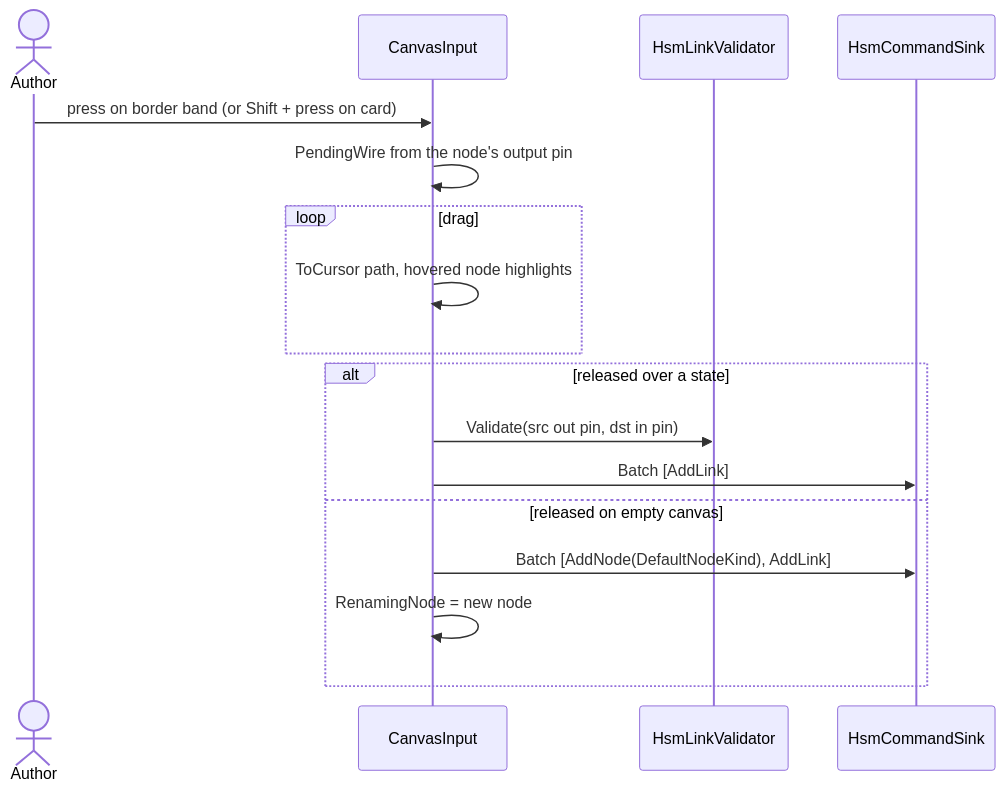
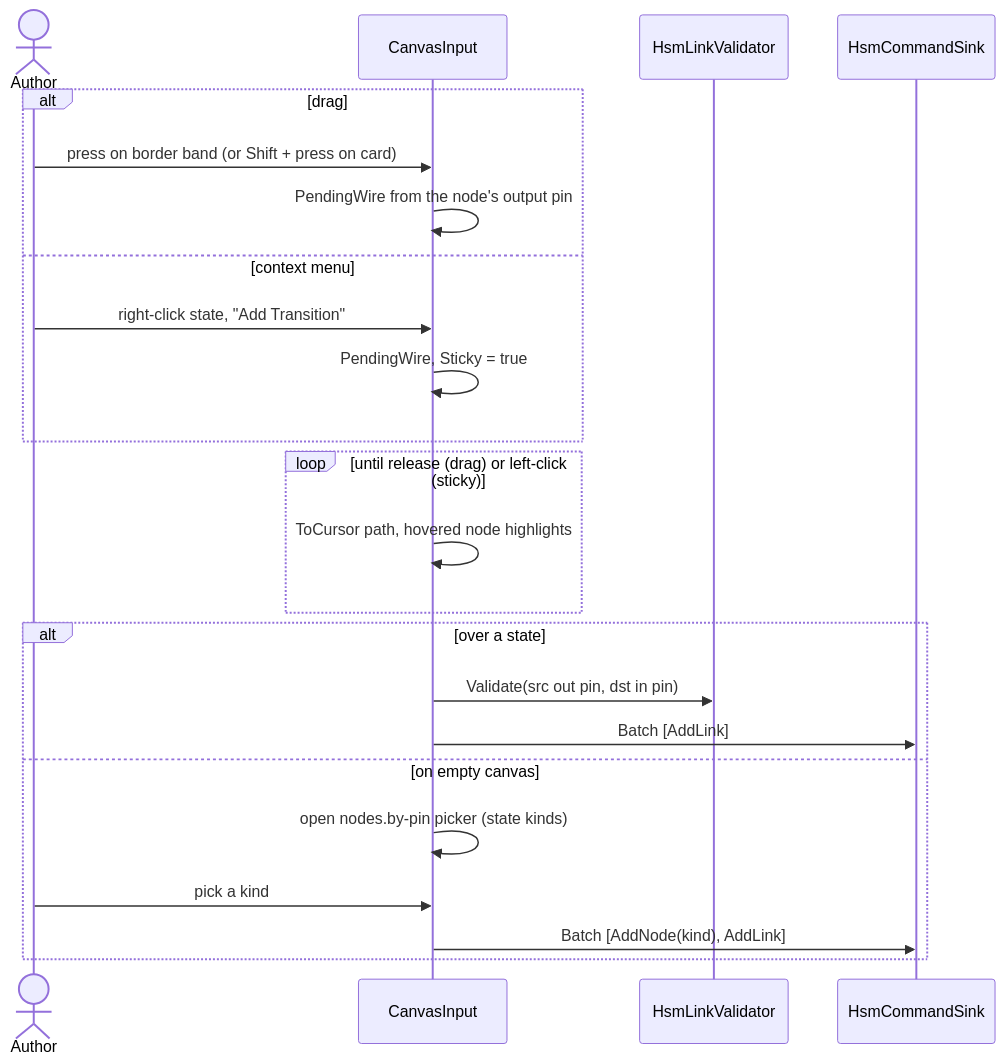
One commit to pjanec/HROT changed the third of 5 diagrams in docs/blueprints/DESIGN_Hsm_Canvas_Authoring.md. Above: the diagram before and after it, drawn with Mermaid. The commit also changed other lines of this file and 2 other files, not shown here.

First line of the commit message:
docs(HSM UX): revise canvas design per user — palette placement, "Add Transition" menu, picker on empty drop

````diff
--- a/docs/blueprints/DESIGN_Hsm_Canvas_Authoring.md
+++ b/docs/blueprints/DESIGN_Hsm_Canvas_Authoring.md
@@ -158,19 +157,25 @@
 ```mermaid
 sequenceDiagram
     actor U as Author
     participant I as CanvasInput
     participant V as HsmLinkValidator
     participant S as HsmCommandSink
-    U->>I: press on border band (or Shift + press on card)
-    I->>I: PendingWire from the node's output pin
-    loop drag
+    alt drag
+        U->>I: press on border band (or Shift + press on card)
+        I->>I: PendingWire from the node's output pin
+    else context menu
+        U->>I: right-click state, "Add Transition"
+        I->>I: PendingWire, Sticky = true
+    end
+    loop until release (drag) or left-click (sticky)
         I->>I: ToCursor path, hovered node highlights
     end
-    alt released over a state
+    alt over a state
         I->>V: Validate(src out pin, dst in pin)
         I->>S: Batch [AddLink]
-    else released on empty canvas
-        I->>S: Batch [AddNode(DefaultNodeKind), AddLink]
-        I->>I: RenamingNode = new node
+    else on empty canvas
+        I->>I: open nodes.by-pin picker (state kinds)
+        U->>I: pick a kind
+        I->>S: Batch [AddNode(kind), AddLink]
     end
 ```
````
